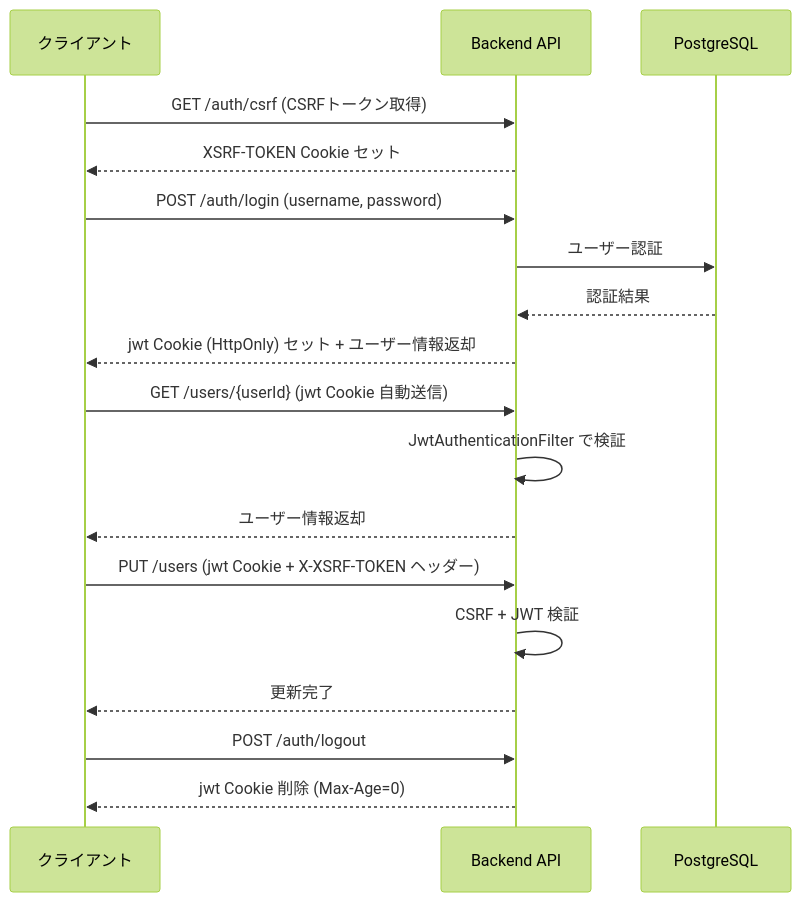
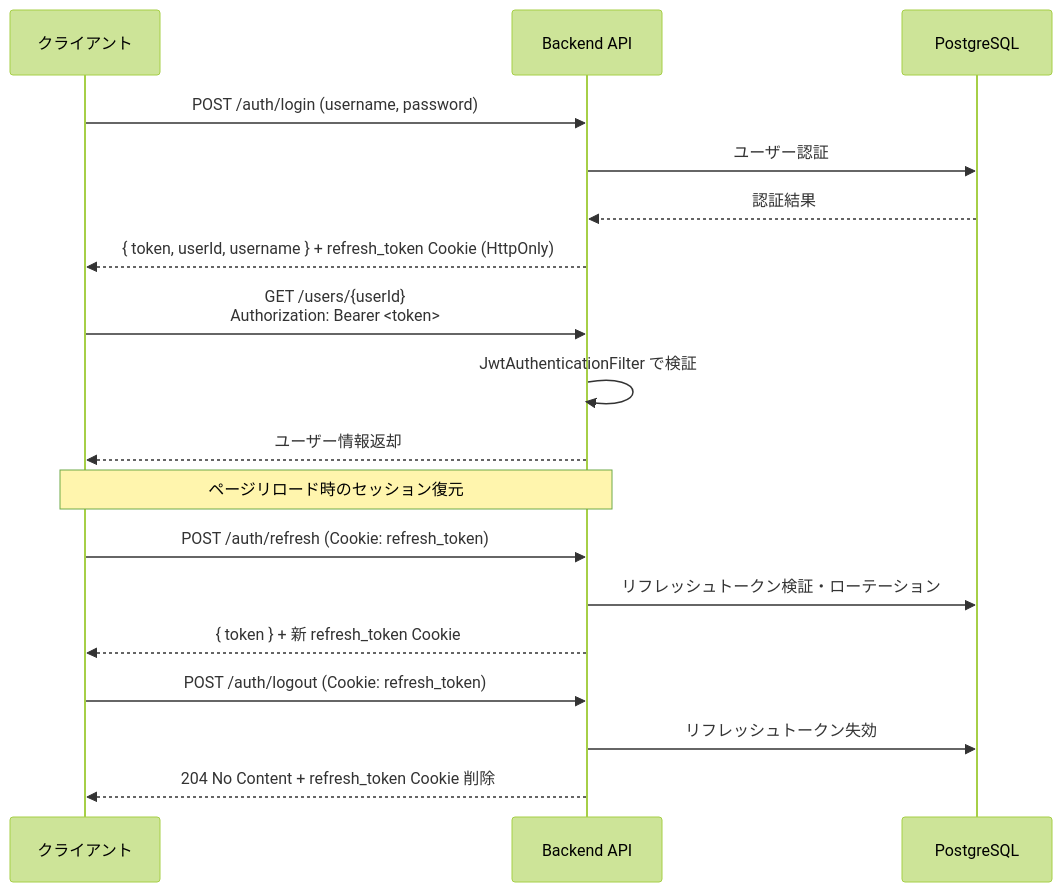
One commit to taichi0373/kumamoto-henno-map changed the second of 2 diagrams in docs/04_interfaces/api_spec.md. Above: the diagram before and after it, drawn with Mermaid (forest theme). The commit also changed other lines of this file and 125 other files, not shown here.

````diff
--- a/docs/04_interfaces/api_spec.md
+++ b/docs/04_interfaces/api_spec.md
@@ -67,25 +69,24 @@
 ```mermaid
 sequenceDiagram
     participant C as クライアント
     participant API as Backend API
     participant DB as PostgreSQL
 
-    C->>API: GET /auth/csrf (CSRFトークン取得)
-    API-->>C: XSRF-TOKEN Cookie セット
-
     C->>API: POST /auth/login (username, password)
     API->>DB: ユーザー認証
     DB-->>API: 認証結果
-    API-->>C: jwt Cookie (HttpOnly) セット + ユーザー情報返却
+    API-->>C: { token, userId, username } + refresh_token Cookie (HttpOnly)
 
-    C->>API: GET /users/{userId} (jwt Cookie 自動送信)
+    C->>API: GET /users/{userId}<br>Authorization: Bearer <token>
     API->>API: JwtAuthenticationFilter で検証
     API-->>C: ユーザー情報返却
 
-    C->>API: PUT /users (jwt Cookie + X-XSRF-TOKEN ヘッダー)
-    API->>API: CSRF + JWT 検証
-    API-->>C: 更新完了
+    note over C,API: ページリロード時のセッション復元
+    C->>API: POST /auth/refresh (Cookie: refresh_token)
+    API->>DB: リフレッシュトークン検証・ローテーション
+    API-->>C: { token } + 新 refresh_token Cookie
 
-    C->>API: POST /auth/logout
-    API-->>C: jwt Cookie 削除 (Max-Age=0)
+    C->>API: POST /auth/logout (Cookie: refresh_token)
+    API->>DB: リフレッシュトークン失効
+    API-->>C: 204 No Content + refresh_token Cookie 削除
 ```
````
